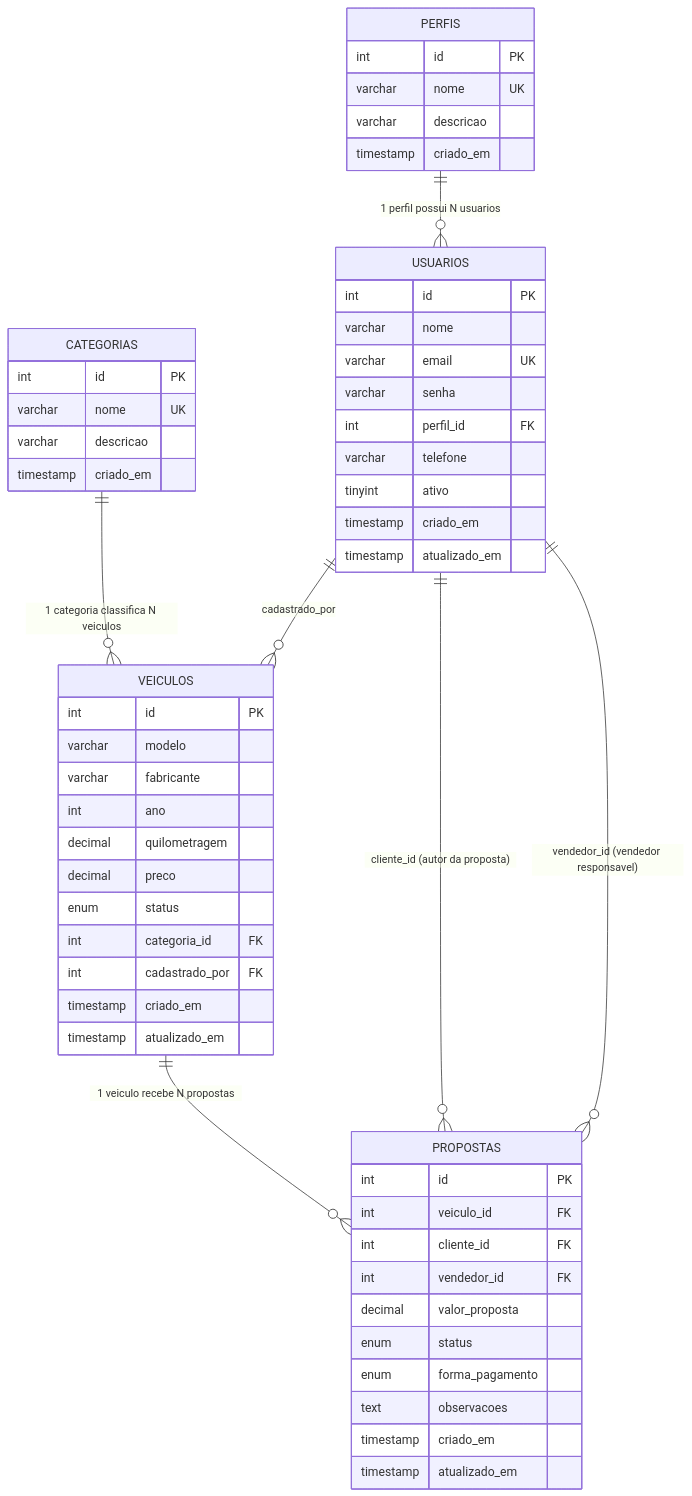
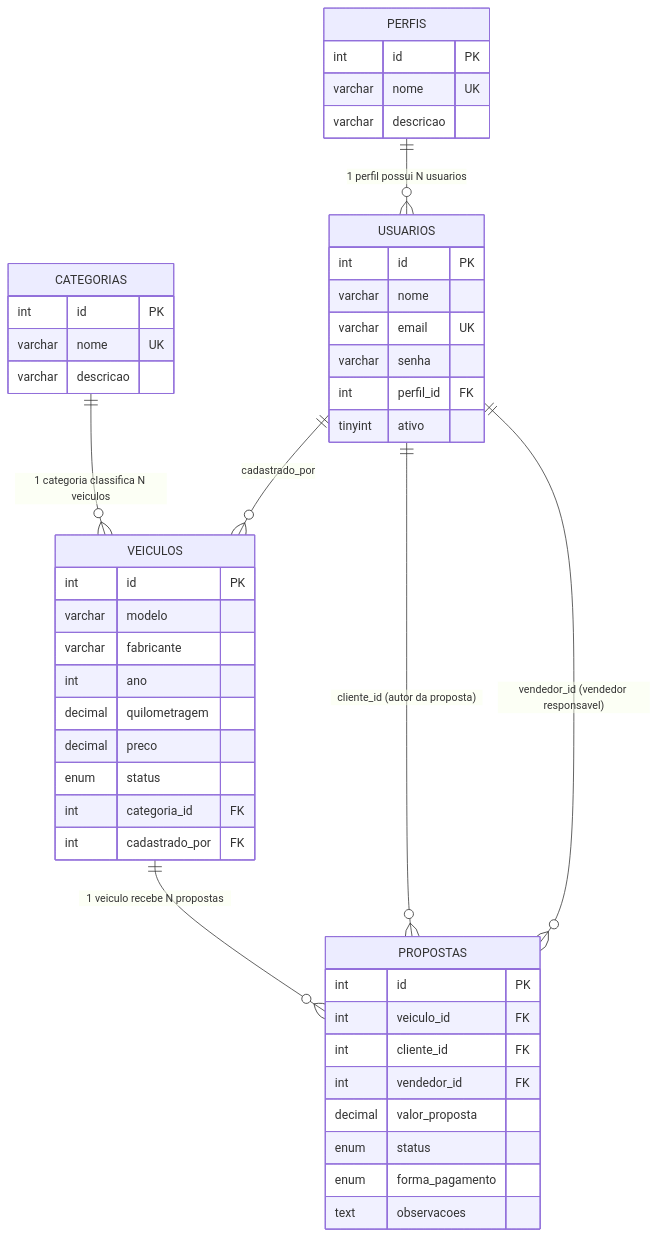
One commit to Otaviiiiozzz/repositorio-concessionaria changed the diagram in README.md. Above: the diagram before and after it, drawn with Mermaid. The commit also changed other lines of this file and 9 other files, not shown here.

````diff
--- a/README.md
+++ b/README.md
@@ -26,62 +65,53 @@
 ```mermaid
 erDiagram
     PERFIS ||--o{ USUARIOS : "1 perfil possui N usuarios"
     CATEGORIAS ||--o{ VEICULOS : "1 categoria classifica N veiculos"
     USUARIOS ||--o{ VEICULOS : "cadastrado_por"
     VEICULOS ||--o{ PROPOSTAS : "1 veiculo recebe N propostas"
     USUARIOS ||--o{ PROPOSTAS : "cliente_id (autor da proposta)"
     USUARIOS ||--o{ PROPOSTAS : "vendedor_id (vendedor responsavel)"
 
     PERFIS {
         int id PK
         varchar nome UK
         varchar descricao
-        timestamp criado_em
     }
 
     USUARIOS {
         int id PK
         varchar nome
         varchar email UK
         varchar senha
         int perfil_id FK
-        varchar telefone
         tinyint ativo
-        timestamp criado_em
-        timestamp atualizado_em
     }
 
     CATEGORIAS {
         int id PK
         varchar nome UK
         varchar descricao
-        timestamp criado_em
     }
 
     VEICULOS {
         int id PK
         varchar modelo
         varchar fabricante
         int ano
         decimal quilometragem
         decimal preco
         enum status
         int categoria_id FK
         int cadastrado_por FK
-        timestamp criado_em
-        timestamp atualizado_em
     }
 
     PROPOSTAS {
         int id PK
         int veiculo_id FK
         int cliente_id FK
         int vendedor_id FK
         decimal valor_proposta
         enum status
         enum forma_pagamento
         text observacoes
-        timestamp criado_em
-        timestamp atualizado_em
     }
 ```
````
